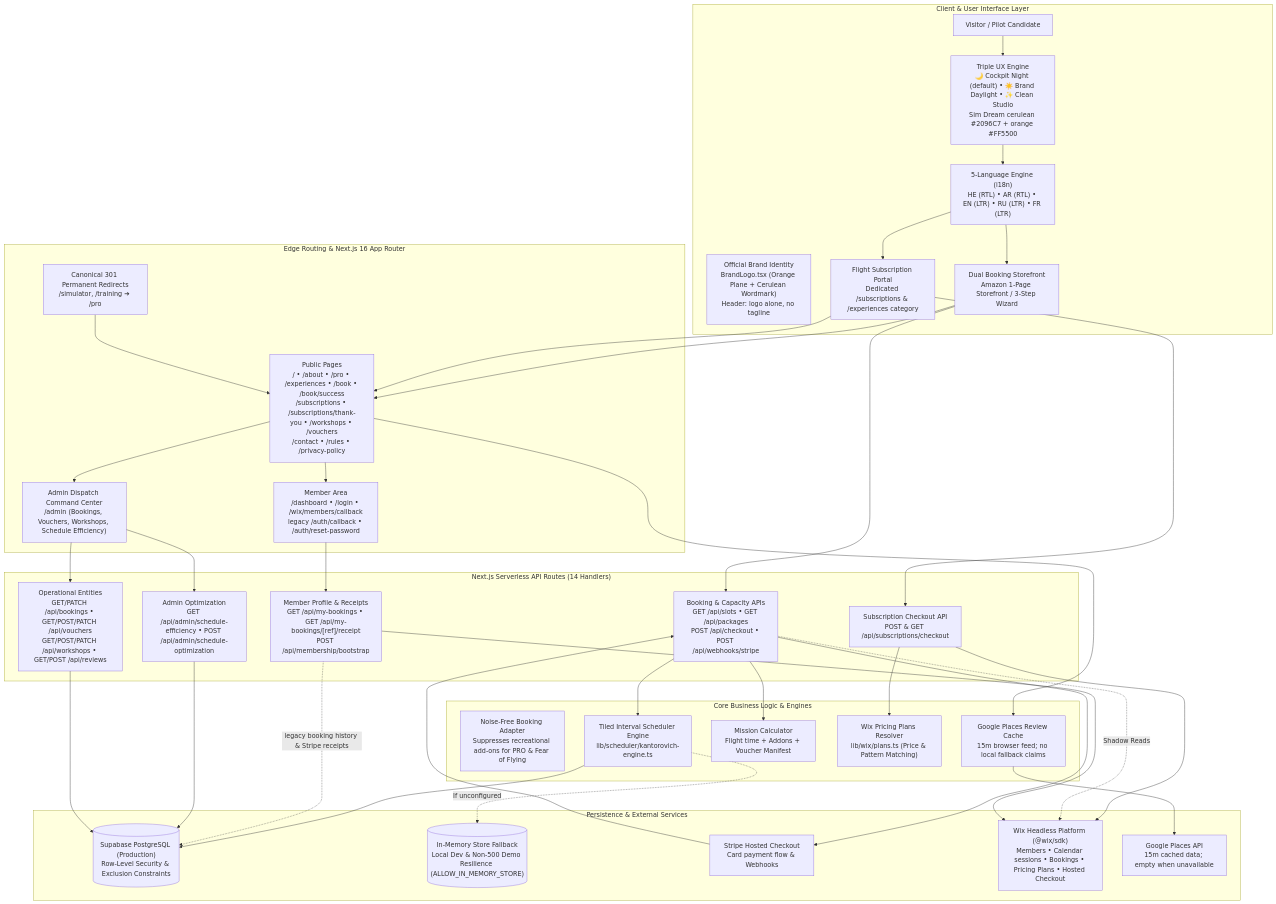
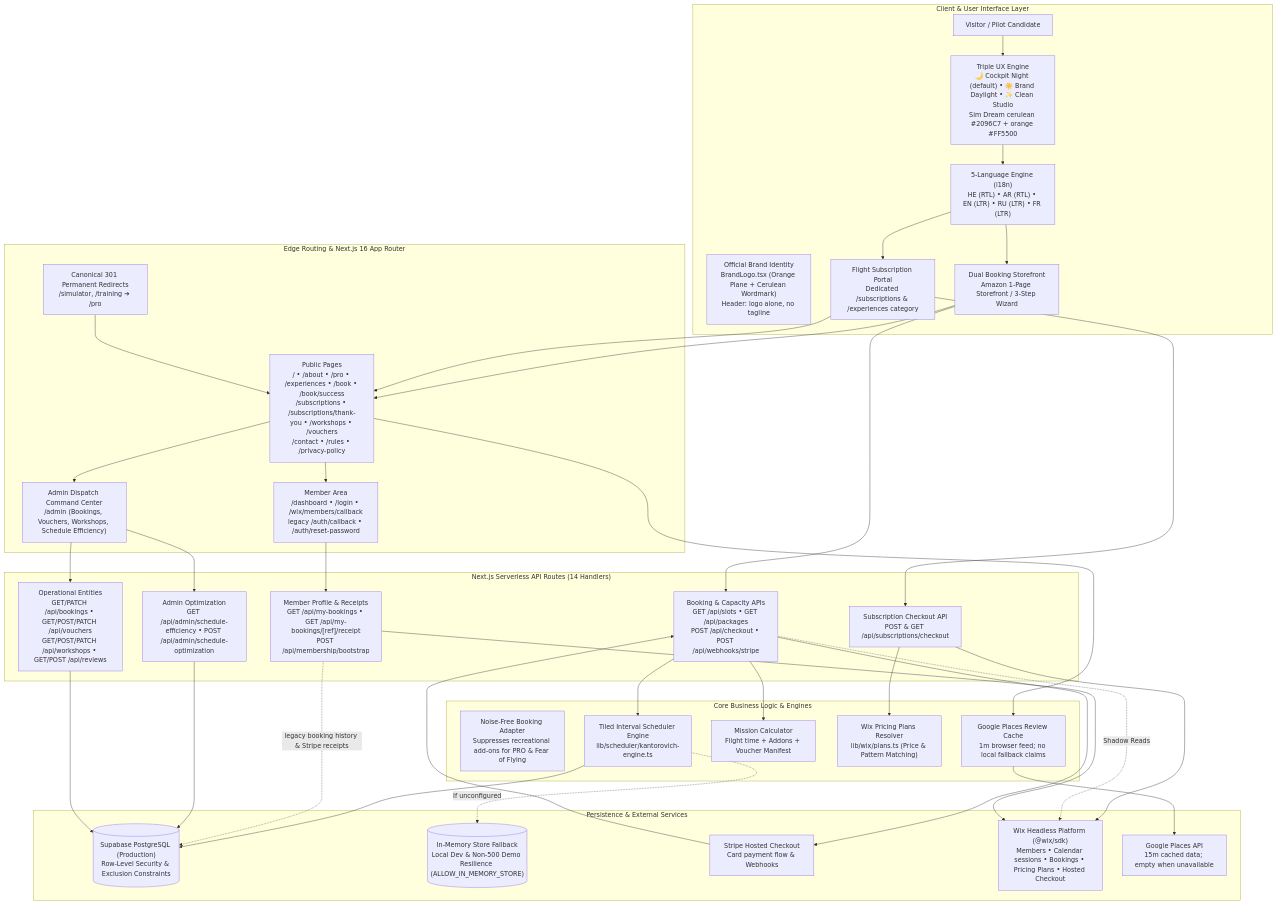
Before and after one commit to hatan4ik/simdream-website: the first of 7 diagrams in ARCHITECTURE.md, drawn with Mermaid. The commit also changed 37 other files, not shown here.

````diff
--- a/ARCHITECTURE.md
+++ b/ARCHITECTURE.md
@@ -9,71 +9,71 @@
 ```mermaid
 flowchart TD
     subgraph ClientLayer["Client & User Interface Layer"]
         User["Visitor / Pilot Candidate"]
         BrandLogoSystem["Official Brand Identity<br/>BrandLogo.tsx (Orange Plane + Cerulean Wordmark)<br/>Header: logo alone, no tagline"]
         ThemeEngine["Triple UX Engine<br/>🌙 Cockpit Night (default) • ☀️ Brand Daylight • ✨ Clean Studio<br/>Sim Dream cerulean #2096C7 + orange #FF5500"]
         I18nEngine["5-Language Engine (i18n)<br/>HE (RTL) • AR (RTL) • EN (LTR) • RU (LTR) • FR (LTR)"]
         StorefrontUI["Dual Booking Storefront<br/>Amazon 1-Page Storefront / 3-Step Wizard"]
         SubPortalUI["Flight Subscription Portal<br/>Dedicated /subscriptions & /experiences category"]
     end
 
     subgraph RoutingLayer["Edge Routing & Next.js 16 App Router"]
         CanonicalRedirects["Canonical 301 Permanent Redirects<br/>/simulator, /training ➔ /pro"]
         PublicPages["Public Pages<br/>/ • /about • /pro • /experiences • /book • /book/success<br/>/subscriptions • /subscriptions/thank-you • /workshops • /vouchers<br/>/contact • /rules • /privacy-policy"]
         MemberPages["Member Area<br/>/dashboard • /login • /wix/members/callback<br/>legacy /auth/callback • /auth/reset-password"]
         AdminPages["Admin Dispatch Command Center<br/>/admin (Bookings, Vouchers, Workshops, Schedule Efficiency)"]
     end
 
     subgraph BusinessLogic["Core Business Logic & Engines"]
         NoiseFreeAdapter["Noise-Free Booking Adapter<br/>Suppresses recreational add-ons for PRO & Fear of Flying"]
         KantorovichEngine["Tiled Interval Scheduler Engine<br/>lib/scheduler/kantorovich-engine.ts"]
         MissionCalc["Mission Calculator<br/>Flight time + Addons + Voucher Manifest"]
         WixPlansResolver["Wix Pricing Plans Resolver<br/>lib/wix/plans.ts (Price & Pattern Matching)"]
-        ReviewsCache["Google Places Review Cache<br/>15m browser feed; no local fallback claims"]
+        ReviewsCache["Google Places Review Cache<br/>1m browser feed; no local fallback claims"]
     end
 
     subgraph APILayer["Next.js Serverless API Routes (14 Handlers)"]
         BookingAPIs["Booking & Capacity APIs<br/>GET /api/slots • GET /api/packages<br/>POST /api/checkout • POST /api/webhooks/stripe"]
         SubscriptionAPIs["Subscription Checkout API<br/>POST & GET /api/subscriptions/checkout"]
         MemberAPIs["Member Profile & Receipts<br/>GET /api/my-bookings • GET /api/my-bookings/[ref]/receipt<br/>POST /api/membership/bootstrap"]
         OperationsAPIs["Operational Entities<br/>GET/PATCH /api/bookings • GET/POST/PATCH /api/vouchers<br/>GET/POST/PATCH /api/workshops • GET/POST /api/reviews"]
         AdminAPIs["Admin Optimization<br/>GET /api/admin/schedule-efficiency • POST /api/admin/schedule-optimization"]
     end
 
     subgraph PersistenceLayer["Persistence & External Services"]
         SupabaseDB[("Supabase PostgreSQL (Production)<br/>Row-Level Security & Exclusion Constraints")]
         InMemoryFallback[("In-Memory Store Fallback<br/>Local Dev & Non-500 Demo Resilience (ALLOW_IN_MEMORY_STORE)")]
         StripeService["Stripe Hosted Checkout<br/>Card payment flow & Webhooks"]
         WixHeadless["Wix Headless Platform (@wix/sdk)<br/>Members • Calendar sessions • Bookings • Pricing Plans • Hosted Checkout"]
         GooglePlaces["Google Places API<br/>15m cached data; empty when unavailable"]
     end
 
     User --> ThemeEngine --> I18nEngine
     I18nEngine --> StorefrontUI
     I18nEngine --> SubPortalUI
 
     StorefrontUI --> PublicPages
     SubPortalUI --> PublicPages
     CanonicalRedirects --> PublicPages
     PublicPages --> MemberPages
     PublicPages --> AdminPages
 
     StorefrontUI --> BookingAPIs
     SubPortalUI --> SubscriptionAPIs
 
     BookingAPIs --> KantorovichEngine
     BookingAPIs --> MissionCalc
     SubscriptionAPIs --> WixPlansResolver
     PublicPages --> ReviewsCache --> GooglePlaces
 
     KantorovichEngine --> SupabaseDB
     KantorovichEngine -.->|If unconfigured| InMemoryFallback
     BookingAPIs --> StripeService
     StripeService --> BookingAPIs
     SubscriptionAPIs --> WixHeadless
     BookingAPIs -.->|Shadow Reads| WixHeadless
     MemberPages --> MemberAPIs --> WixHeadless
     MemberAPIs -.->|legacy booking history & Stripe receipts| SupabaseDB
     AdminPages --> AdminAPIs --> SupabaseDB
     AdminPages --> OperationsAPIs --> SupabaseDB
 ```
````
